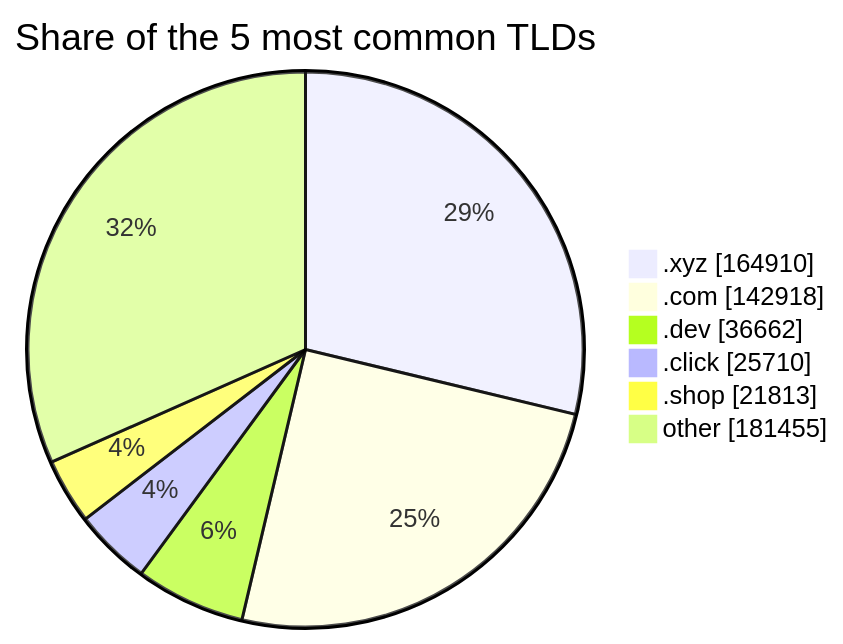
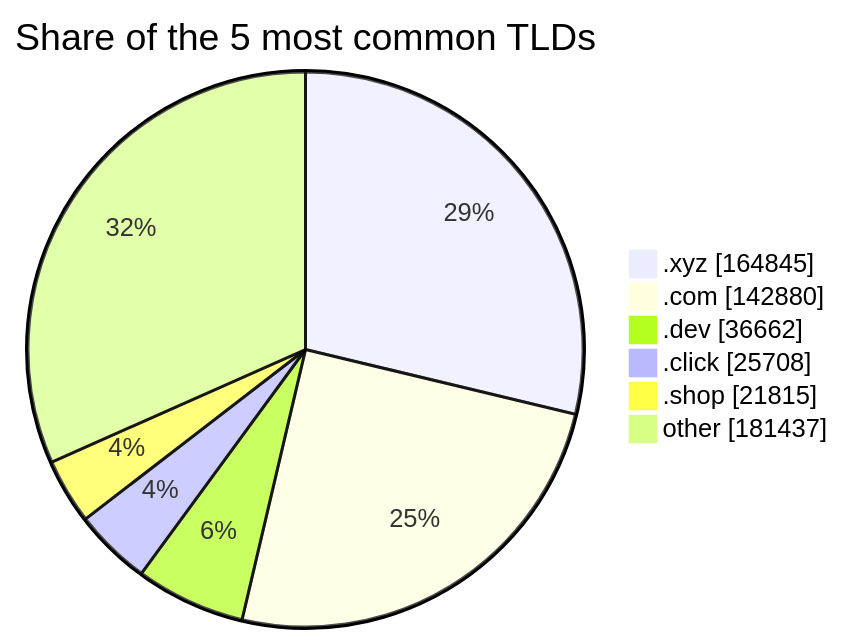
The third of 3 diagrams in README.md (DNSBunker/CTI), drawn with Mermaid before and after one commit. The commit also changed other lines of this file and 3 other files, not shown here.

````diff
--- a/README.md
+++ b/README.md
@@ -81,9 +81,9 @@
 ```mermaid
 pie showData title Share of the 5 most common TLDs
-    ".xyz" : 164910
-    ".com" : 142918
+    ".xyz" : 164845
+    ".com" : 142880
     ".dev" : 36662
-    ".click" : 25710
-    ".shop" : 21813
-    "other" : 181455
+    ".click" : 25708
+    ".shop" : 21815
+    "other" : 181437
 ```
````
